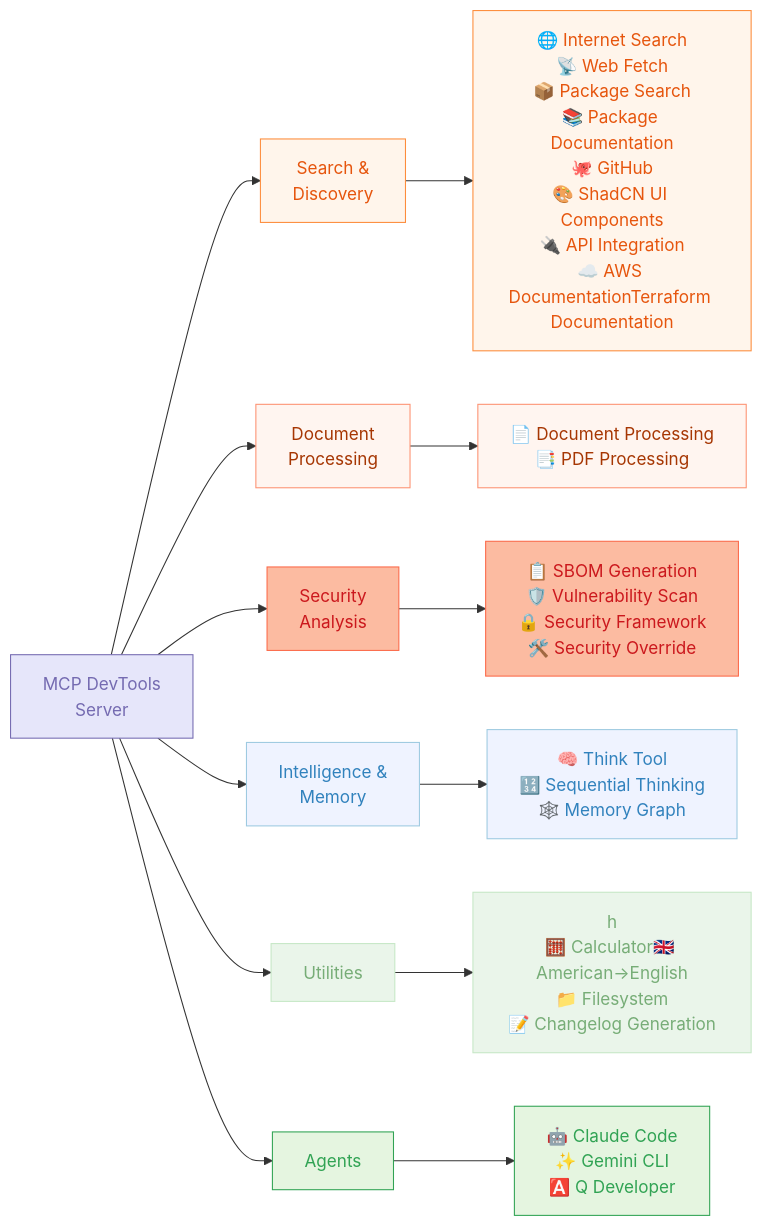
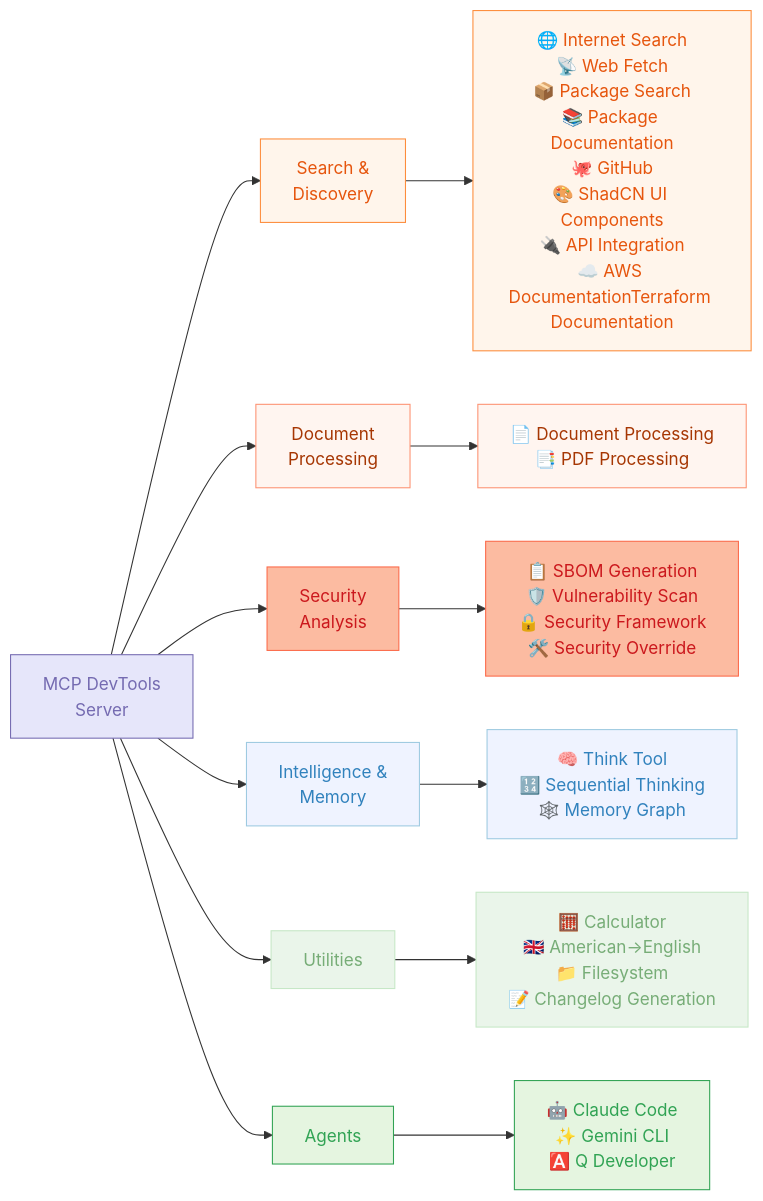
The first of 3 diagrams in content/posts/2025-08-18-mcp-devtools/index.md (sammcj/smcleod), drawn with Mermaid before and after one commit.

Commit message:
minor updates

````diff
--- a/content/posts/2025-08-18-mcp-devtools/index.md
+++ b/content/posts/2025-08-18-mcp-devtools/index.md
@@ -47,42 +47,42 @@
 ```mermaid
 graph LR
     A[MCP DevTools<br>Server]
 
     A --> B[Search &<br>Discovery]
     A --> C[Document<br>Processing]
     A --> D[Security<br>Analysis]
     A --> E[Intelligence &<br>Memory]
     A --> F[Utilities]
     A --> G[Agents]
 
     B --> B_Tools[🌐 Internet Search<br>📡 Web Fetch<br>📦 Package Search<br>📚 Package Documentation<br>🐙 GitHub<br>🎨 ShadCN UI Components<br>🔌 API Integration<br>☁️ AWS Documentation<br📝>Terraform Documentation]
 
     C --> C_Tools[📄 Document Processing<br>📑 PDF Processing]
 
     D --> D_Tools[📋 SBOM Generation<br>🛡️ Vulnerability Scan<br>🔒 Security Framework<br>🛠️ Security Override]
 
     E --> E_Tools[🧠 Think Tool<br>🔢 Sequential Thinking<br>🕸️ Memory Graph]
 
-    F --> F_Tools[h<br>🧮 Calculator🇬🇧 American→English<br>📁 Filesystem<br>📝 Changelog Generation]
+    F --> F_Tools[🧮 Calculator<br>🇬🇧 American→English<br>📁 Filesystem<br>📝 Changelog Generation]
 
     G --> G_Tools[🤖 Claude Code<br>✨ Gemini CLI<br>🅰️ Q Developer]
 
     classDef inputOutput fill:#FEE0D2,stroke:#E6550D,color:#E6550D
     classDef llm fill:#E5F5E0,stroke:#31A354,color:#31A354
     classDef components fill:#E6E6FA,stroke:#756BB1,color:#756BB1
     classDef process fill:#EAF5EA,stroke:#C6E7C6,color:#77AD77
     classDef stop fill:#E5E1F2,stroke:#C7C0DE,color:#8471BF
     classDef data fill:#EFF3FF,stroke:#9ECAE1,color:#3182BD
     classDef decision fill:#FFF5EB,stroke:#FD8D3C,color:#E6550D
     classDef storage fill:#F2F0F7,stroke:#BCBDDC,color:#756BB1
     classDef api fill:#FFF5F0,stroke:#FD9272,color:#A63603
     classDef error fill:#FCBBA1,stroke:#FB6A4A,color:#CB181D
 
     class A components
     class B,B_Tools decision
     class C,C_Tools api
     class D,D_Tools error
     class E,E_Tools data
     class F,F_Tools process
     class G,G_Tools llm
 ```
````
